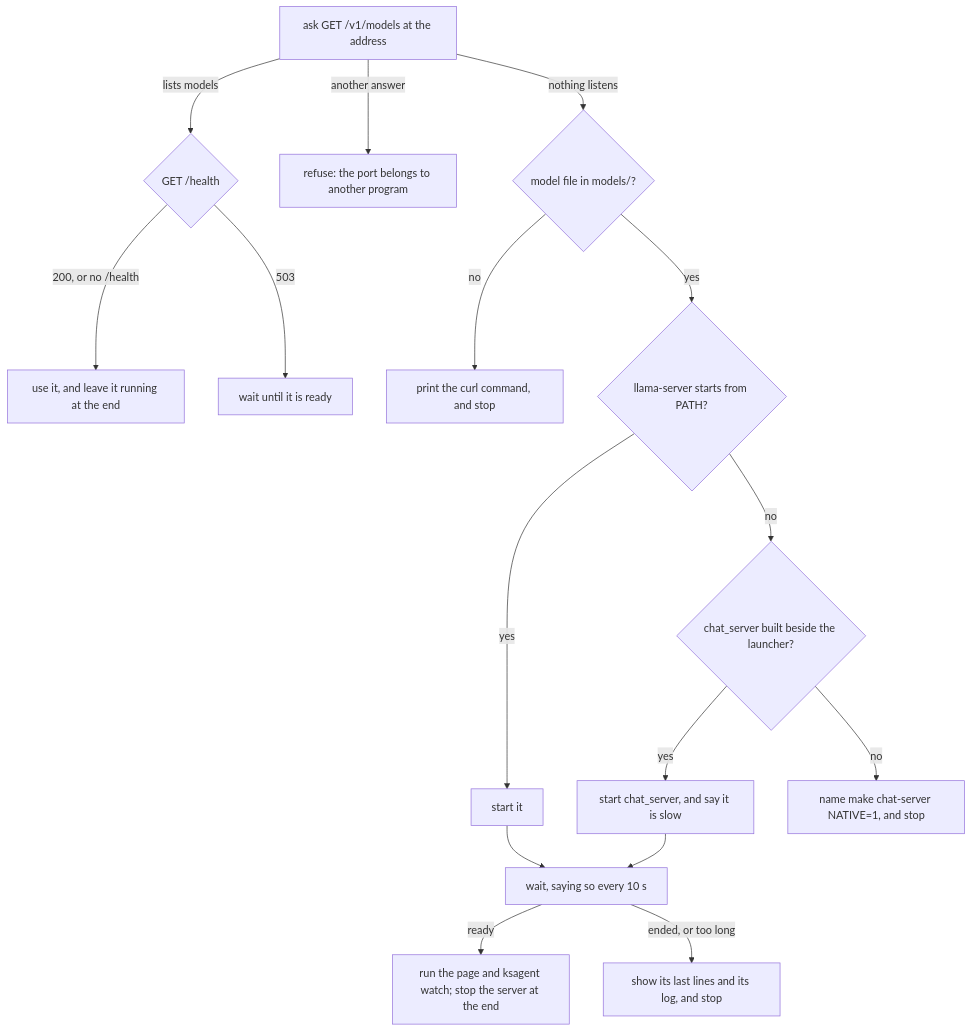
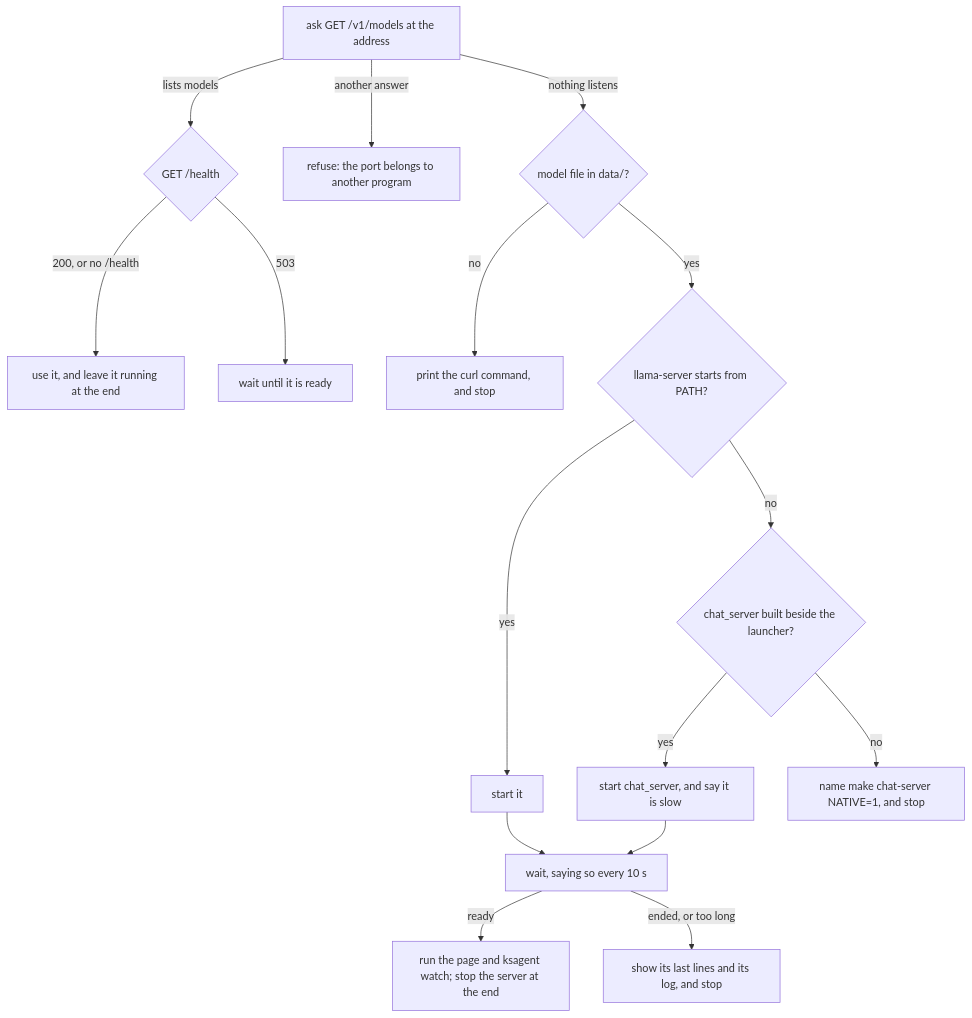
One commit to kansosystem-org/kspl-experimental changed the second of 2 diagrams in tools/docs/DESIGN-tools.md. Above: the diagram before and after it, drawn with Mermaid. The commit also changed other lines of this file and 452 other files, not shown here.

````diff
--- a/tools/docs/DESIGN-tools.md
+++ b/tools/docs/DESIGN-tools.md
@@ -296,18 +247,18 @@
 ```mermaid
 flowchart TD
     A[ask GET /v1/models at the address] -->|lists models| B{GET /health}
     B -->|200, or no /health| R[use it, and leave it running at the end]
     B -->|503| W[wait until it is ready]
     A -->|another answer| X[refuse: the port belongs to another program]
-    A -->|nothing listens| F{model file in models/?}
+    A -->|nothing listens| F{model file in data/?}
     F -->|no| D[print the curl command, and stop]
     F -->|yes| L{llama-server starts from PATH?}
     L -->|yes| S[start it]
     L -->|no| B2{chat_server built beside the launcher?}
     B2 -->|yes| C[start chat_server, and say it is slow]
     B2 -->|no| N[name make chat-server NATIVE=1, and stop]
     S --> W2[wait, saying so every 10 s]
     C --> W2
     W2 -->|ready| U[run the page and ksagent watch; stop the server at the end]
     W2 -->|ended, or too long| T[show its last lines and its log, and stop]
 ```
````
